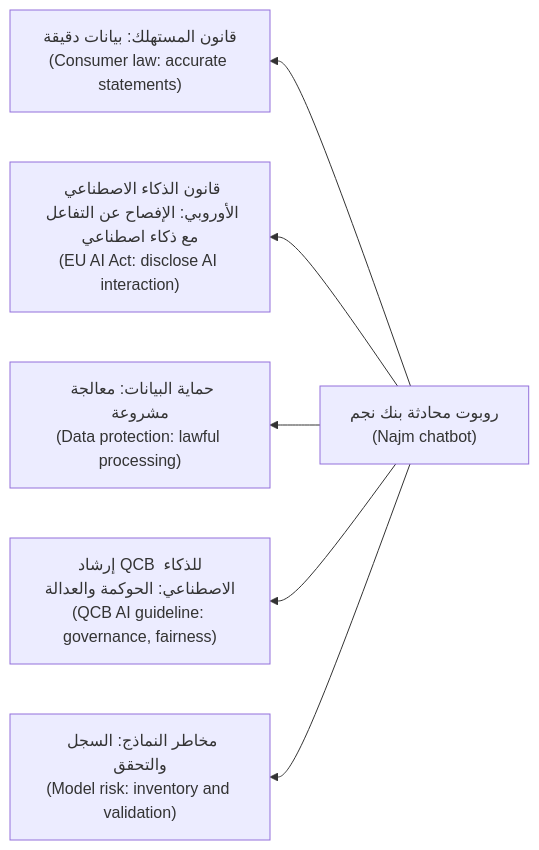
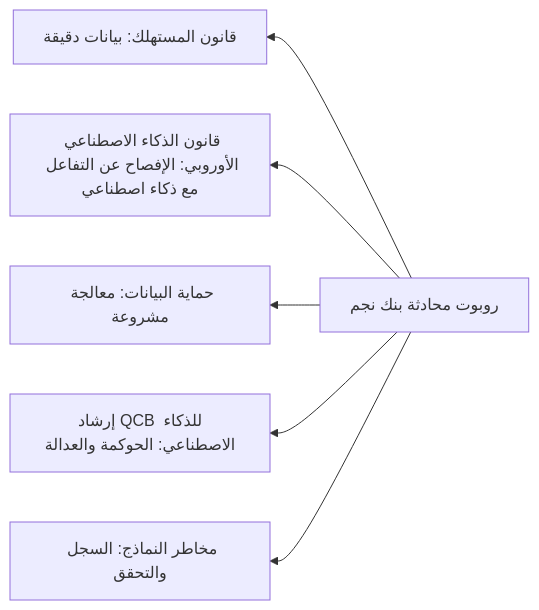
One commit to Tamoura/system-design-for-vibe-coders changed the second of 2 diagrams in aigp/modules/05-other-laws.ar.md. Above: the diagram before and after it, drawn with Mermaid. The commit also changed other lines of this file and 551 other files, not shown here.

````diff
--- a/aigp/modules/05-other-laws.ar.md
+++ b/aigp/modules/05-other-laws.ar.md
@@ -509,8 +518,8 @@
 ```mermaid
 flowchart RL
-    S["روبوت محادثة بنك نجم<br/>(Najm chatbot)"] --> C["قانون المستهلك: بيانات دقيقة<br/>(Consumer law: accurate statements)"]
-    S --> A["قانون الذكاء الاصطناعي الأوروبي: الإفصاح عن التفاعل مع ذكاء اصطناعي<br/>(EU AI Act: disclose AI interaction)"]
-    S --> P["حماية البيانات: معالجة مشروعة<br/>(Data protection: lawful processing)"]
-    S --> Q["إرشاد QCB للذكاء الاصطناعي: الحوكمة والعدالة<br/>(QCB AI guideline: governance, fairness)"]
-    S --> M["مخاطر النماذج: السجل والتحقق<br/>(Model risk: inventory and validation)"]
+    S["روبوت محادثة بنك نجم"] --> C["قانون المستهلك: بيانات دقيقة"]
+    S --> A["قانون الذكاء الاصطناعي الأوروبي: الإفصاح عن التفاعل مع ذكاء اصطناعي"]
+    S --> P["حماية البيانات: معالجة مشروعة"]
+    S --> Q["إرشاد QCB للذكاء الاصطناعي: الحوكمة والعدالة"]
+    S --> M["مخاطر النماذج: السجل والتحقق"]
 ```
````
